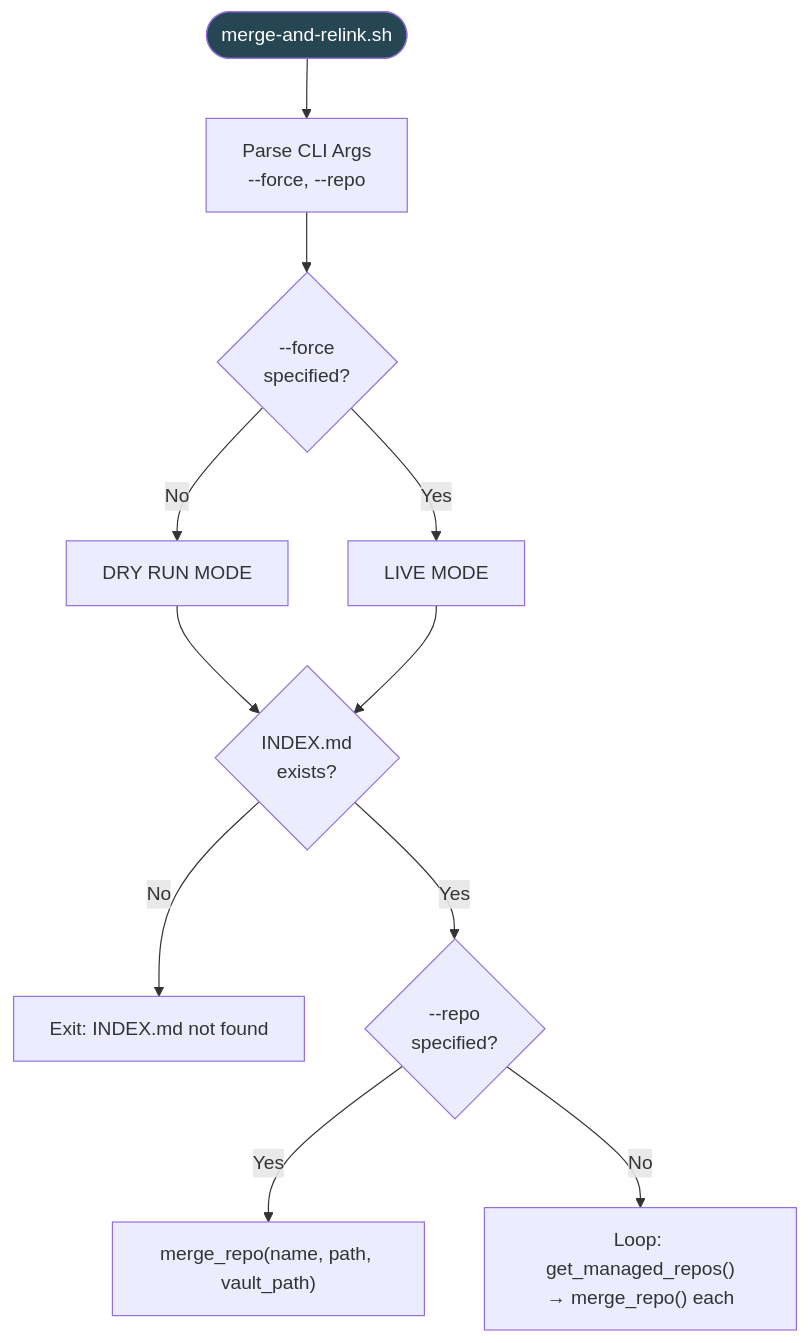
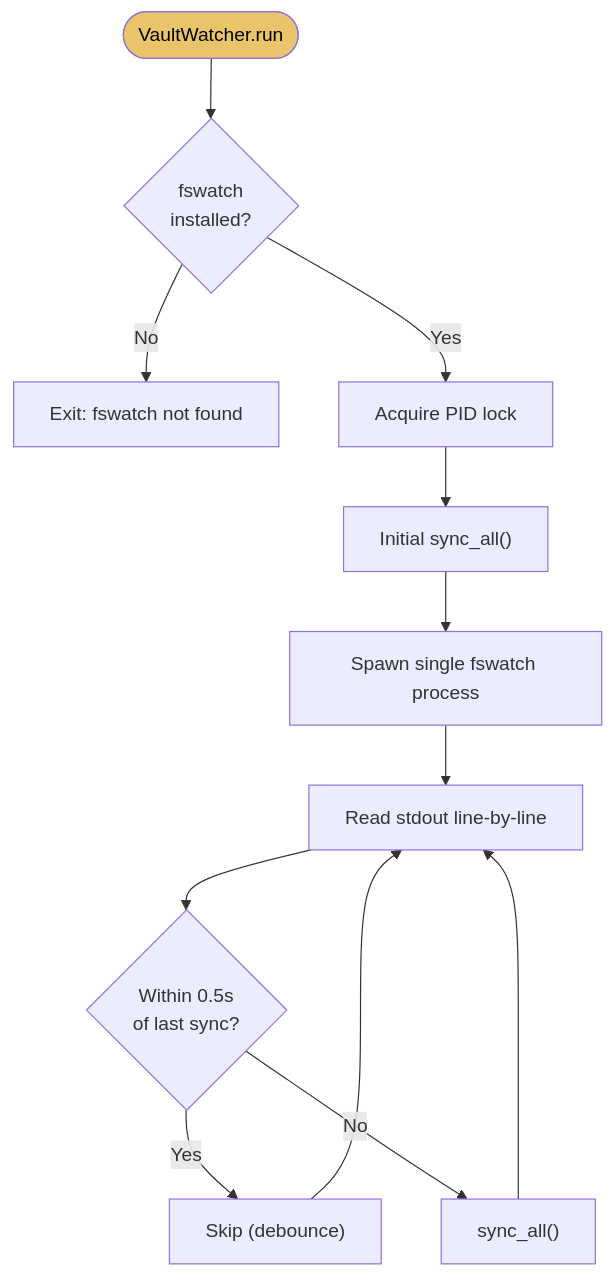
Before and after one commit to ElliottBregni/obscura: the ninth of 16 diagrams in docs/DESIGN-DIAGRAMS.md, drawn with Mermaid. The commit also changed other lines of this file and 35 other files, not shown here.

````diff
--- a/docs/DESIGN-DIAGRAMS.md
+++ b/docs/DESIGN-DIAGRAMS.md
@@ -511,18 +304,17 @@
 ```mermaid
 flowchart TD
-    Entry([merge-and-relink.sh]) --> ParseArgs["Parse CLI Args<br/>--force, --repo"]
-    ParseArgs --> DryRunCheck{--force<br/>specified?}
-    DryRunCheck -->|No| DryMode["DRY RUN MODE"]
-    DryRunCheck -->|Yes| LiveMode["LIVE MODE"]
+    WM([VaultWatcher.run]) --> CheckFswatch{fswatch<br/>installed?}
+    CheckFswatch -->|No| ErrExit["Exit: fswatch not found"]
+    CheckFswatch -->|Yes| AcquireLock["Acquire PID lock"]
+    AcquireLock --> InitSync["Initial sync_all()"]
+    InitSync --> SpawnFswatch["Spawn single fswatch process"]
 
-    DryMode --> CheckIndex{INDEX.md<br/>exists?}
-    LiveMode --> CheckIndex
-    CheckIndex -->|No| ErrExit["Exit: INDEX.md not found"]
-    CheckIndex -->|Yes| RepoCheck
+    SpawnFswatch --> EventLoop["Read stdout line-by-line"]
+    EventLoop --> Debounce{"Within 0.5s<br/>of last sync?"}
+    Debounce -->|Yes| Skip["Skip (debounce)"]
+    Debounce -->|No| ReSync["sync_all()"]
+    Skip --> EventLoop
+    ReSync --> EventLoop
 
-    RepoCheck{--repo<br/>specified?}
-    RepoCheck -->|Yes| SingleRepo["merge_repo(name, path, vault_path)"]
-    RepoCheck -->|No| AllRepos["Loop: get_managed_repos()<br/>→ merge_repo() each"]
-
-    style Entry fill:#264653,color:#fff
+    style WM fill:#e9c46a,color:#000
 ```
````
